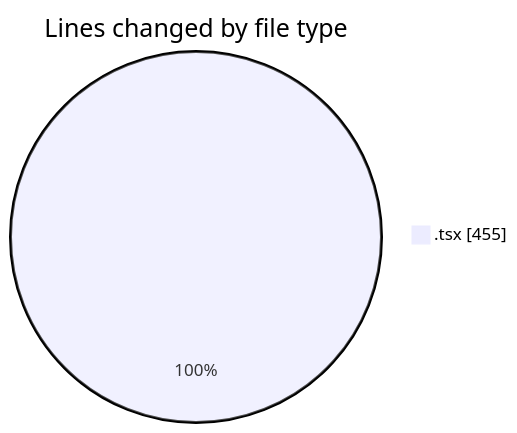
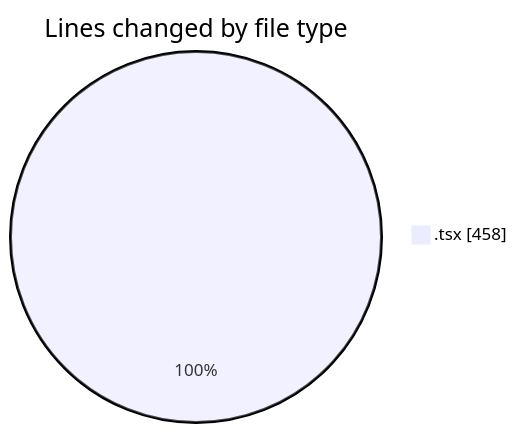
The first of 2 diagrams in 2026-02-09/nxtqube_webapp/README.md (nxtqubesakshisongat/code-tracking), drawn with Mermaid before and after one commit. The commit also changed other lines of this file and 1 other file, not shown here.

````diff
--- a/2026-02-09/nxtqube_webapp/README.md
+++ b/2026-02-09/nxtqube_webapp/README.md
@@ -21,5 +21,5 @@
 ```mermaid
 pie showData
 title Lines changed by file type
-".tsx" : 455
+".tsx" : 458
 ```
````
